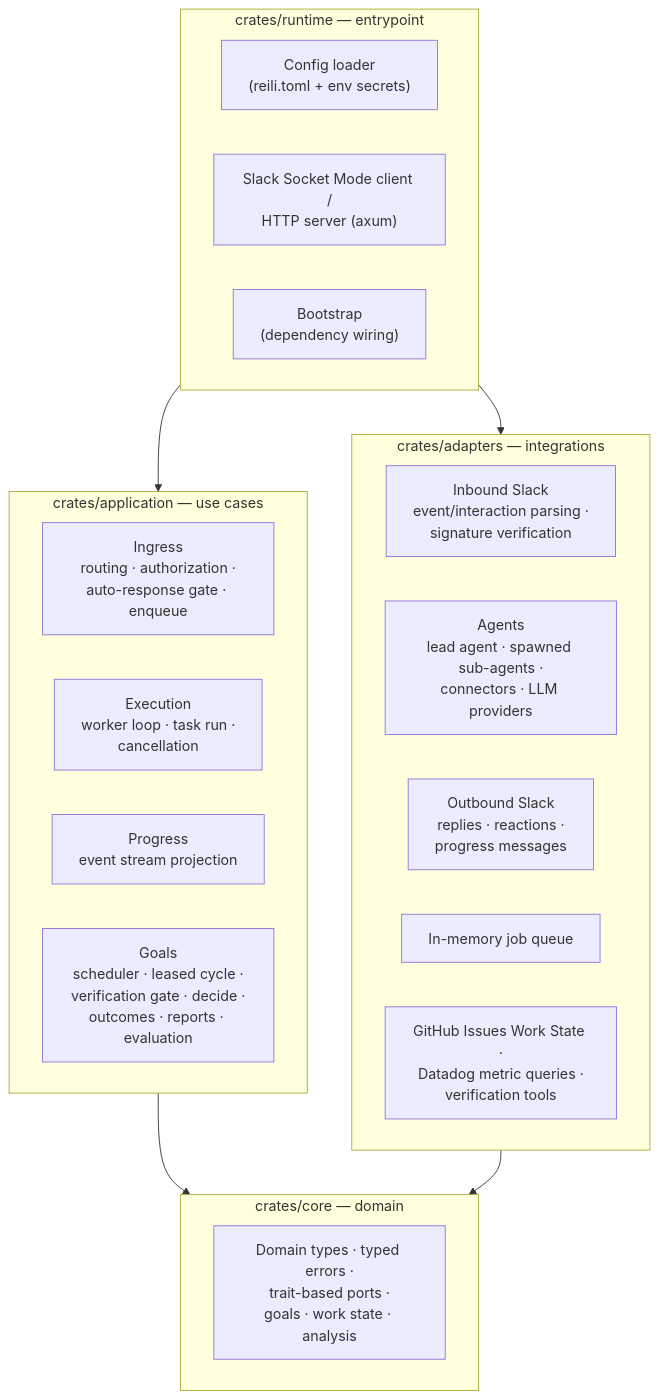
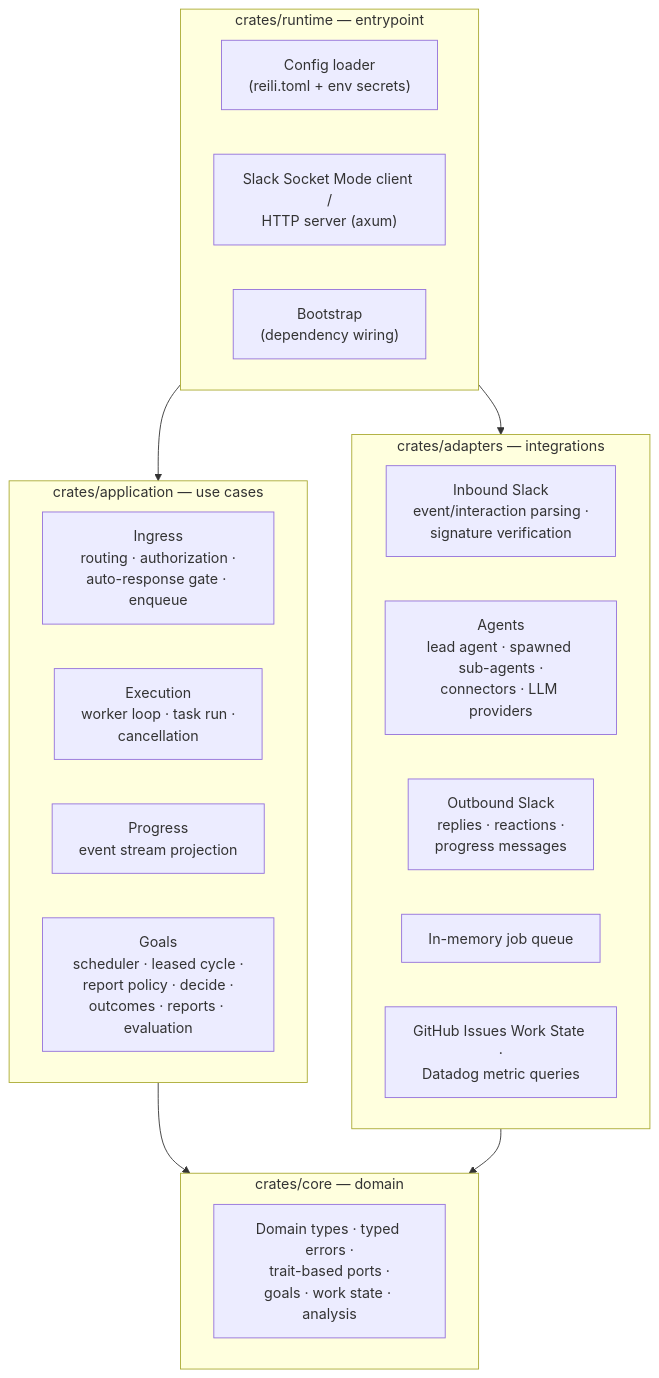
The diagram in docs/architecture.md (reilidev/reili), drawn with Mermaid before and after one commit. The commit also changed other lines of this file and 50 other files, not shown here.

First line of the commit message:
Remove verification from goal-driven autonomy

````diff
--- a/docs/architecture.md
+++ b/docs/architecture.md
@@ -10,32 +10,32 @@
 ```mermaid
 flowchart TB
     subgraph runtime["crates/runtime — entrypoint"]
         CONFIG["Config loader<br/>(reili.toml + env secrets)"]
         SERVE["Slack Socket Mode client /<br/>HTTP server (axum)"]
         BOOT["Bootstrap<br/>(dependency wiring)"]
     end
 
     subgraph application["crates/application — use cases"]
         INGRESS["Ingress<br/>routing · authorization ·<br/>auto-response gate · enqueue"]
         EXEC["Execution<br/>worker loop · task run ·<br/>cancellation"]
         PROGRESS["Progress<br/>event stream projection"]
-        GOAL["Goals<br/>scheduler · leased cycle ·<br/>verification gate · decide ·<br/>outcomes · reports · evaluation"]
+        GOAL["Goals<br/>scheduler · leased cycle ·<br/>report policy · decide ·<br/>outcomes · reports · evaluation"]
     end
 
     subgraph adapters["crates/adapters — integrations"]
         INBOUND["Inbound Slack<br/>event/interaction parsing ·<br/>signature verification"]
         AGENTS["Agents<br/>lead agent · spawned sub-agents ·<br/>connectors · LLM providers"]
         OUTBOUND["Outbound Slack<br/>replies · reactions ·<br/>progress messages"]
         QUEUE["In-memory job queue"]
-        WORK["GitHub Issues Work State ·<br/>Datadog metric queries ·<br/>verification tools"]
+        WORK["GitHub Issues Work State ·<br/>Datadog metric queries"]
     end
 
     subgraph core["crates/core — domain"]
         DOMAIN["Domain types · typed errors ·<br/>trait-based ports ·<br/>goals · work state · analysis"]
     end
 
     runtime --> application
     runtime --> adapters
     application --> core
     adapters --> core
 ```
````
